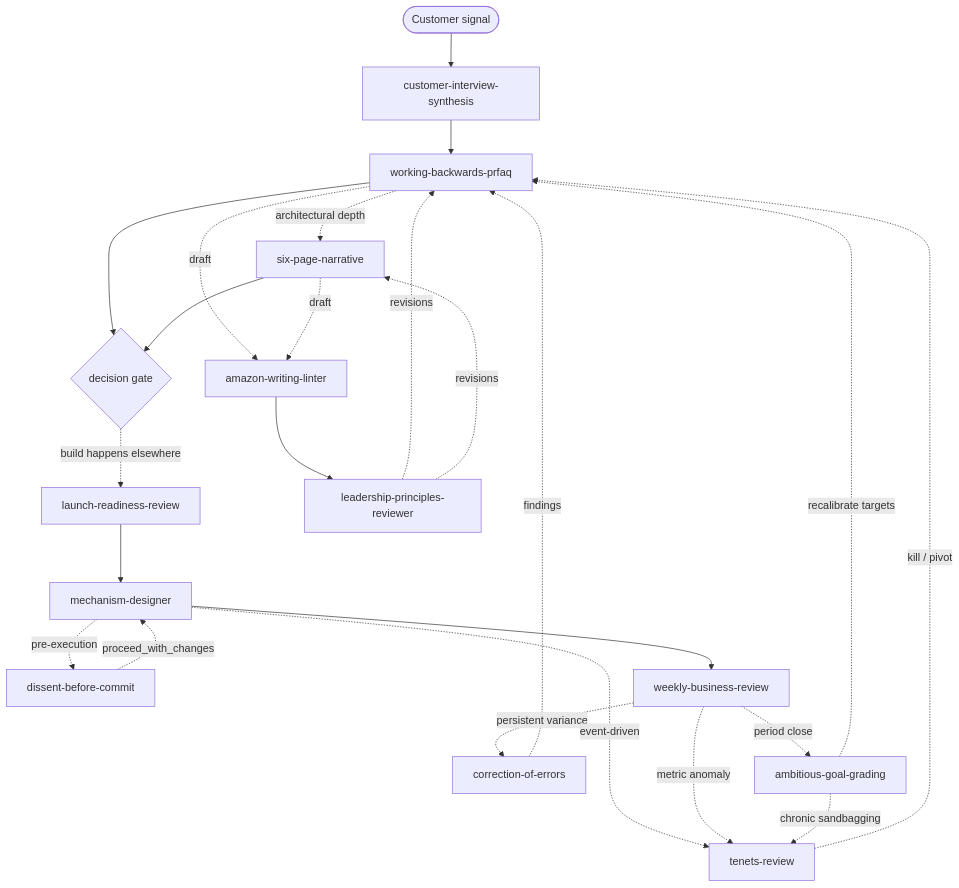
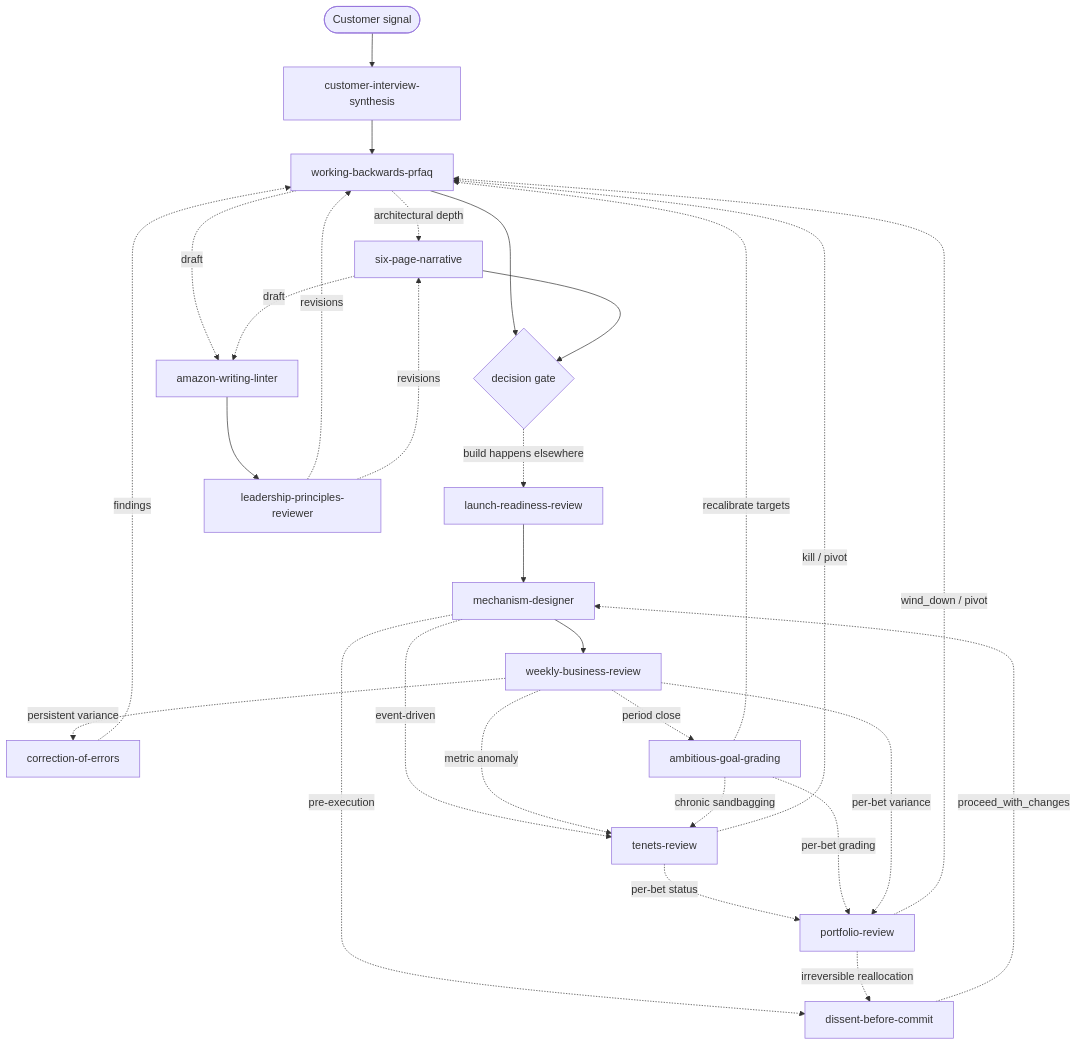
One commit to ford-at-home/amazonian changed the diagram in README.md. Above: the diagram before and after it, drawn with Mermaid. The commit also changed other lines of this file and 11 other files, not shown here.

````diff
--- a/README.md
+++ b/README.md
@@ -48,27 +48,32 @@
 ```mermaid
 flowchart TD
     Signal([Customer signal]) --> CIS[customer-interview-synthesis]
     CIS --> PRFAQ[working-backwards-prfaq]
     PRFAQ -.->|architectural depth| SIX[six-page-narrative]
     PRFAQ --> GATE{decision gate}
     SIX --> GATE
     GATE -.->|build happens elsewhere| LRR[launch-readiness-review]
     LRR --> MECH[mechanism-designer]
     MECH -.->|pre-execution| DBC[dissent-before-commit]
     DBC -.->|proceed_with_changes| MECH
     MECH --> WBR[weekly-business-review]
     WBR -.->|persistent variance| COE[correction-of-errors]
     COE -.->|findings| PRFAQ
     MECH -.->|event-driven| TR[tenets-review]
     WBR -.->|metric anomaly| TR
     TR -.->|kill / pivot| PRFAQ
     WBR -.->|period close| AGG[ambitious-goal-grading]
     AGG -.->|chronic sandbagging| TR
     AGG -.->|recalibrate targets| PRFAQ
+    TR -.->|per-bet status| PR[portfolio-review]
+    AGG -.->|per-bet grading| PR
+    WBR -.->|per-bet variance| PR
+    PR -.->|wind_down / pivot| PRFAQ
+    PR -.->|irreversible reallocation| DBC
 
     PRFAQ -.->|draft| LINT[amazon-writing-linter]
     SIX -.->|draft| LINT
     LINT --> LPR[leadership-principles-reviewer]
     LPR -.->|revisions| PRFAQ
     LPR -.->|revisions| SIX
 ```
````
